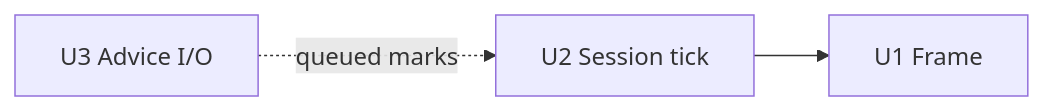
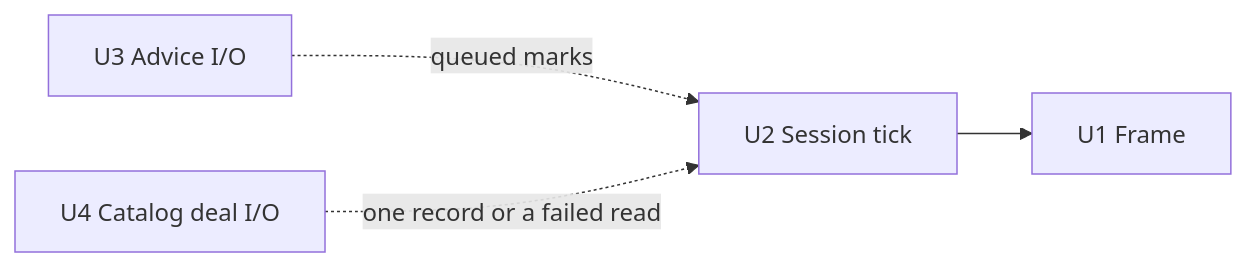
One commit to waigore/simplechessv2 changed the diagram in specs/technical/concurrency.md. Above: the diagram before and after it, drawn with Mermaid. The commit also changed other lines of this file and 16 other files, not shown here.

First line of the commit message:
Read the deal from the catalog service and hand the session one record (#528)

````diff
--- a/specs/technical/concurrency.md
+++ b/specs/technical/concurrency.md
@@ -35,8 +38,10 @@
 ```mermaid
 flowchart LR
   U1[U1 Frame]
   U2[U2 Session tick]
   U3[U3 Advice I/O]
+  U4[U4 Catalog deal I/O]
   U3 -.->|queued marks| U2
+  U4 -.->|one record or a failed read| U2
   U2 --> U1
 ```
````
